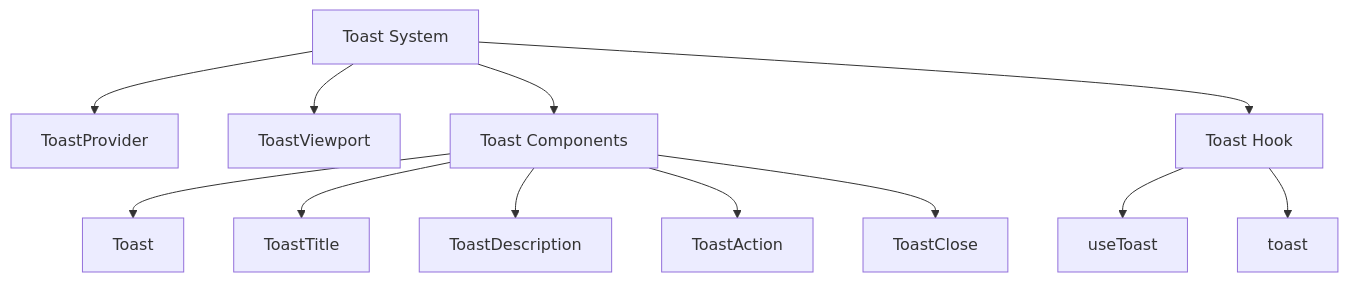
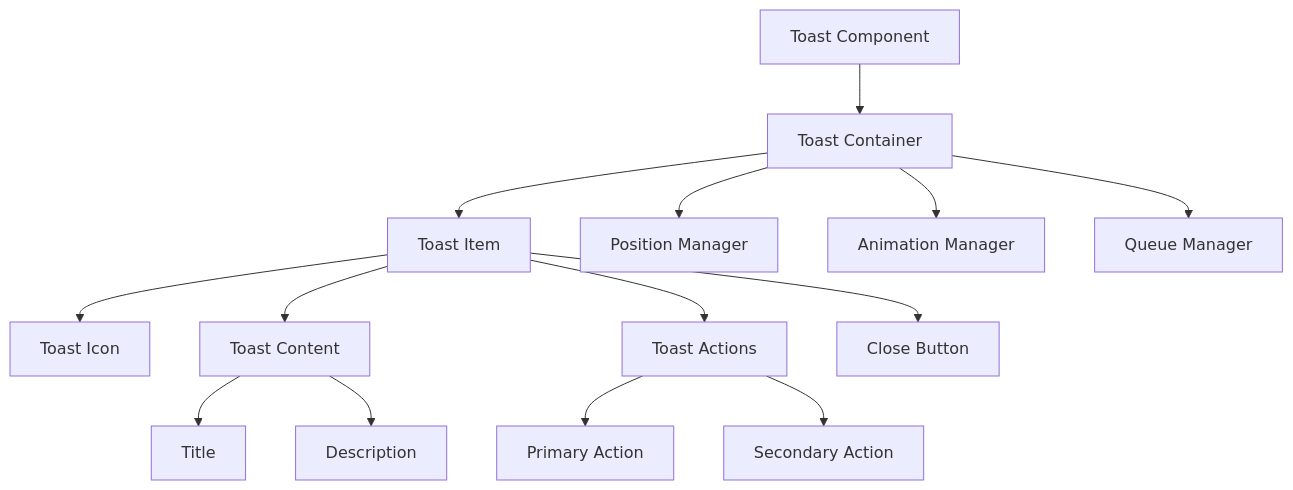
One commit to gedeza/thrive-send changed the first of 3 diagrams in DOCS/components/feedback/Toast.md. Above: the diagram before and after it, drawn with Mermaid. The commit also changed other lines of this file and 25 other files, not shown here.

````diff
--- a/DOCS/components/feedback/Toast.md
+++ b/DOCS/components/feedback/Toast.md
@@ -11,14 +20,18 @@
 ```mermaid
 graph TD
-    A[Toast System] --> B[ToastProvider]
-    A --> C[ToastViewport]
-    A --> D[Toast Components]
-    D --> E[Toast]
-    D --> F[ToastTitle]
-    D --> G[ToastDescription]
-    D --> H[ToastAction]
-    D --> I[ToastClose]
-    A --> J[Toast Hook]
-    J --> K[useToast]
-    J --> L[toast]
+    A[Toast Component] --> B[Toast Container]
+    B --> C[Toast Item]
+    C --> D[Toast Icon]
+    C --> E[Toast Content]
+    C --> F[Toast Actions]
+    C --> G[Close Button]
+    
+    E --> H[Title]
+    E --> I[Description]
+    F --> J[Primary Action]
+    F --> K[Secondary Action]
+    
+    B --> L[Position Manager]
+    B --> M[Animation Manager]
+    B --> N[Queue Manager]
 ```
````
